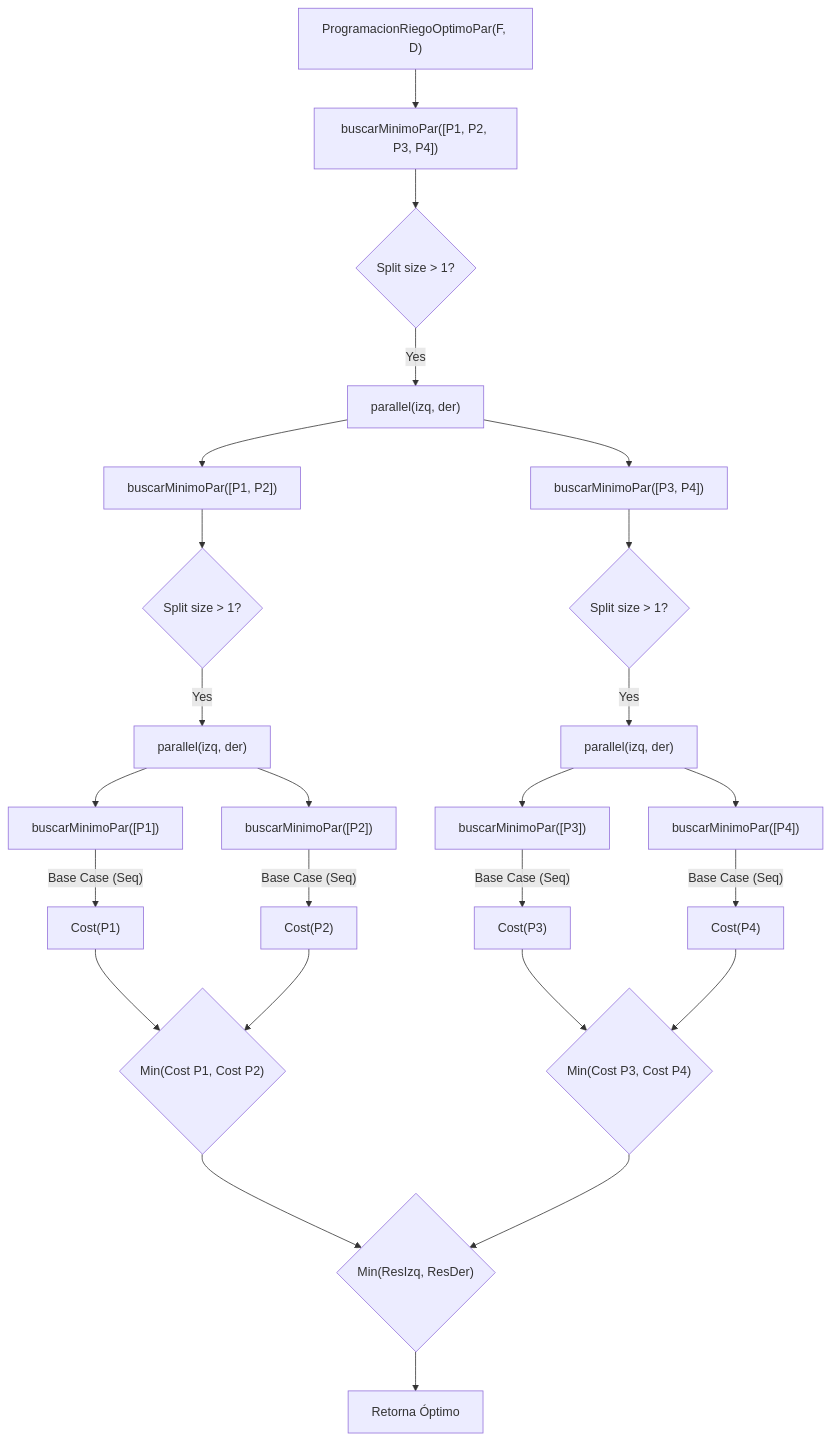
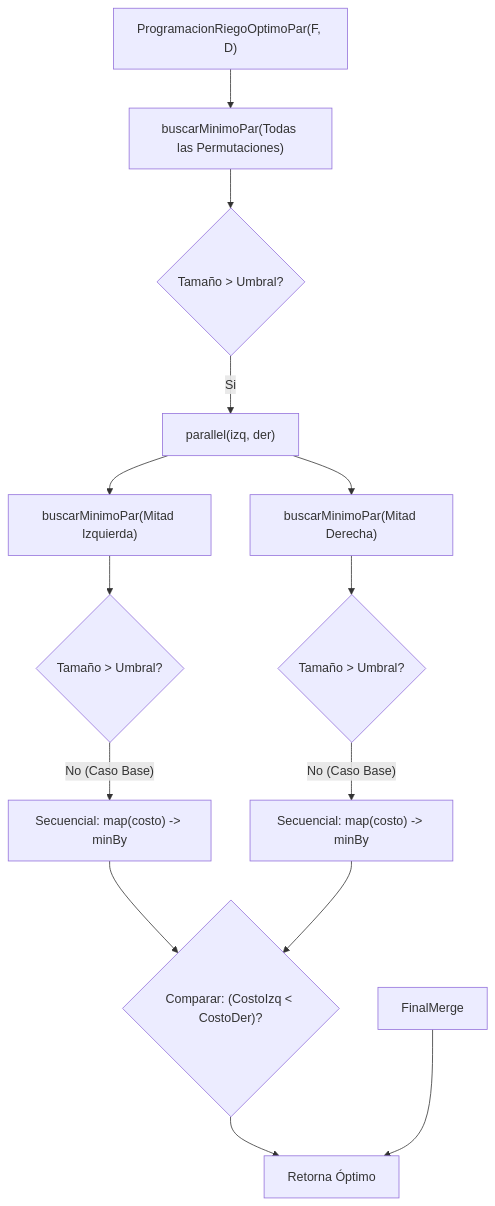
One commit to 2025-II-PFC-FLP/proyecto-final-pfc-2025-ii-master-final changed the diagram in docs/ProgramacionRiegoOptimoParParaleloInform.md. Above: the diagram before and after it, drawn with Mermaid. The commit also changed other lines of this file and 2 other files, not shown here.

````diff
--- a/docs/ProgramacionRiegoOptimoParParaleloInform.md
+++ b/docs/ProgramacionRiegoOptimoParParaleloInform.md
@@ -15,39 +15,24 @@
 ```mermaid
 graph TD
-    Root["ProgramacionRiegoOptimoPar(F, D)"] --> CallInit["buscarMinimoPar([P1, P2, P3, P4])"]
+    Root["ProgramacionRiegoOptimoPar(F, D)"] --> CallInit["buscarMinimoPar(Todas las Permutaciones)"]
     
-    CallInit --> Split1{"Split size > 1?"}
+    CallInit --> Split1{"Tamaño > Umbral?"}
     
-    Split1 -- Yes --> Par1["parallel(izq, der)"]
+    Split1 -- Si --> Par1["parallel(izq, der)"]
     
-    Par1 --> LeftBranch["buscarMinimoPar([P1, P2])"]
-    Par1 --> RightBranch["buscarMinimoPar([P3, P4])"]
+    Par1 --> LeftBranch["buscarMinimoPar(Mitad Izquierda)"]
+    Par1 --> RightBranch["buscarMinimoPar(Mitad Derecha)"]
     
     %% Rama Izquierda
-    LeftBranch --> Split2{"Split size > 1?"}
-    Split2 -- Yes --> Par2["parallel(izq, der)"]
-    
-    Par2 --> L1["buscarMinimoPar([P1])"]
-    Par2 --> L2["buscarMinimoPar([P2])"]
-    
-    L1 -- "Base Case (Seq)" --> Calc1["Cost(P1)"]
-    L2 -- "Base Case (Seq)" --> Calc2["Cost(P2)"]
-    
-    Calc1 & Calc2 --> CompareL{"Min(Cost P1, Cost P2)"}
+    LeftBranch --> Split2{"Tamaño > Umbral?"}
+    Split2 -- No (Caso Base) --> SeqL["Secuencial: map(costo) -> minBy"]
     
     %% Rama Derecha
-    RightBranch --> Split3{"Split size > 1?"}
-    Split3 -- Yes --> Par3["parallel(izq, der)"]
+    RightBranch --> Split3{"Tamaño > Umbral?"}
+    Split3 -- No (Caso Base) --> SeqR["Secuencial: map(costo) -> minBy"]
     
-    Par3 --> R1["buscarMinimoPar([P3])"]
-    Par3 --> R2["buscarMinimoPar([P4])"]
+    SeqL & SeqR --> Compare{"Comparar: (CostoIzq < CostoDer)?"}
     
-    R1 -- "Base Case (Seq)" --> Calc3["Cost(P3)"]
-    R2 -- "Base Case (Seq)" --> Calc4["Cost(P4)"]
-    
-    Calc3 & Calc4 --> CompareR{"Min(Cost P3, Cost P4)"}
-    
-    %% Union Final
-    CompareL & CompareR --> FinalMerge{"Min(ResIzq, ResDer)"}
+    Compare --> Result["Retornar (MejorProgramacion, MenorCosto)"]
     FinalMerge --> Result["Retorna Óptimo"]
 ```
````
